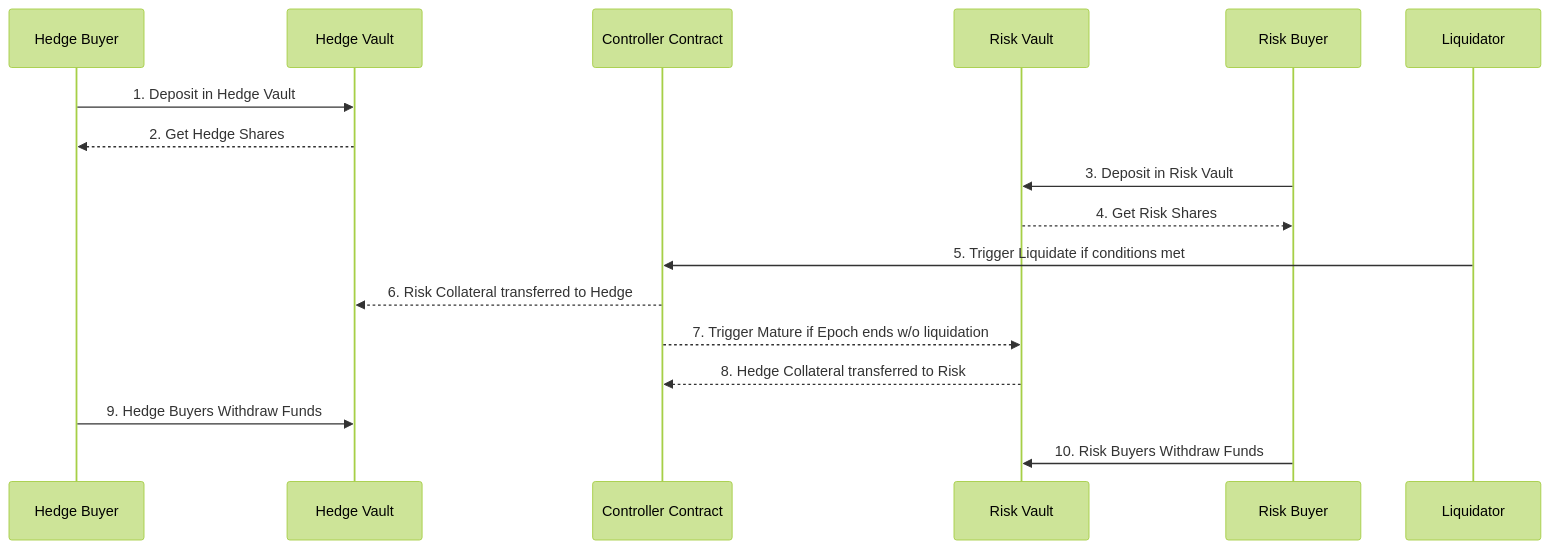
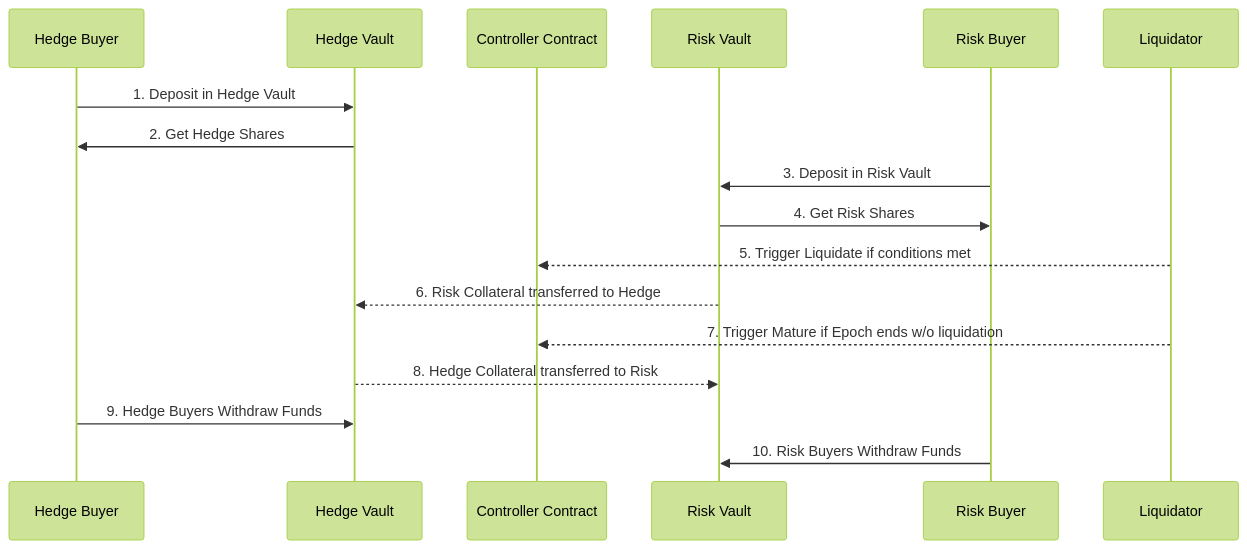
Before and after one commit to SentinelFi/SentinelFi: the diagram in README.md, drawn with Mermaid (forest theme). The commit also changed other lines of this file, not shown here.

Commit message:
readme update

````diff
--- a/README.md
+++ b/README.md
@@ -149,23 +149,23 @@
 ```mermaid
 sequenceDiagram
     participant Hedge Buyer
     participant Hedge Vault
     participant Controller Contract
     participant Risk Vault
     participant Risk Buyer
     participant Liquidator
 
     Hedge Buyer ->> Hedge Vault: 1. Deposit in Hedge Vault
-    Hedge Vault -->> Hedge Buyer: 2. Get Hedge Shares
+    Hedge Vault ->> Hedge Buyer: 2. Get Hedge Shares
     Risk Buyer ->> Risk Vault: 3. Deposit in Risk Vault
-    Risk Vault -->> Risk Buyer: 4. Get Risk Shares
+    Risk Vault ->> Risk Buyer: 4. Get Risk Shares
     
-    Liquidator ->> Controller Contract: 5. Trigger Liquidate if conditions met
+    Liquidator -->> Controller Contract: 5. Trigger Liquidate if conditions met
     
-    Controller Contract -->> Hedge Vault: 6. Risk Collateral transferred to Hedge
-    Controller Contract -->> Risk Vault: 7. Trigger Mature if Epoch ends w/o liquidation
-    Risk Vault -->> Controller Contract: 8. Hedge Collateral transferred to Risk
+    Risk Vault -->> Hedge Vault: 6. Risk Collateral transferred to Hedge
+    Liquidator -->> Controller Contract: 7. Trigger Mature if Epoch ends w/o liquidation
+    Hedge Vault -->> Risk Vault: 8. Hedge Collateral transferred to Risk
 
     Hedge Buyer ->> Hedge Vault: 9. Hedge Buyers Withdraw Funds
     Risk Buyer ->> Risk Vault: 10. Risk Buyers Withdraw Funds
 ```
````
